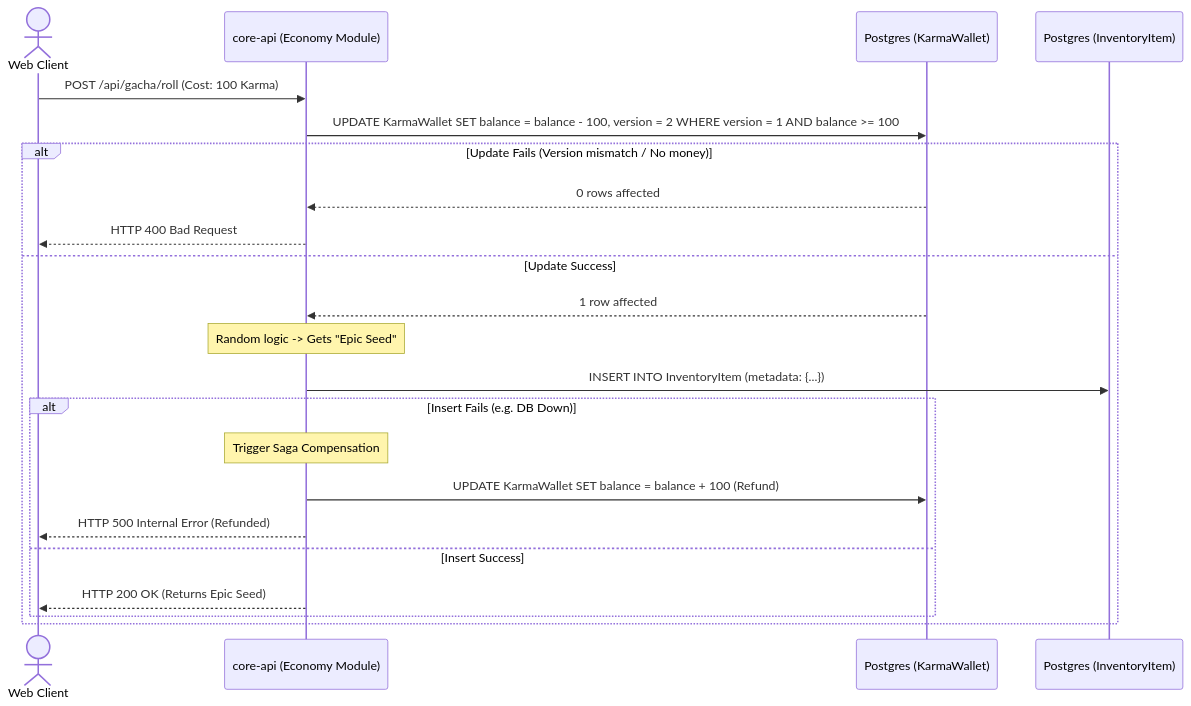
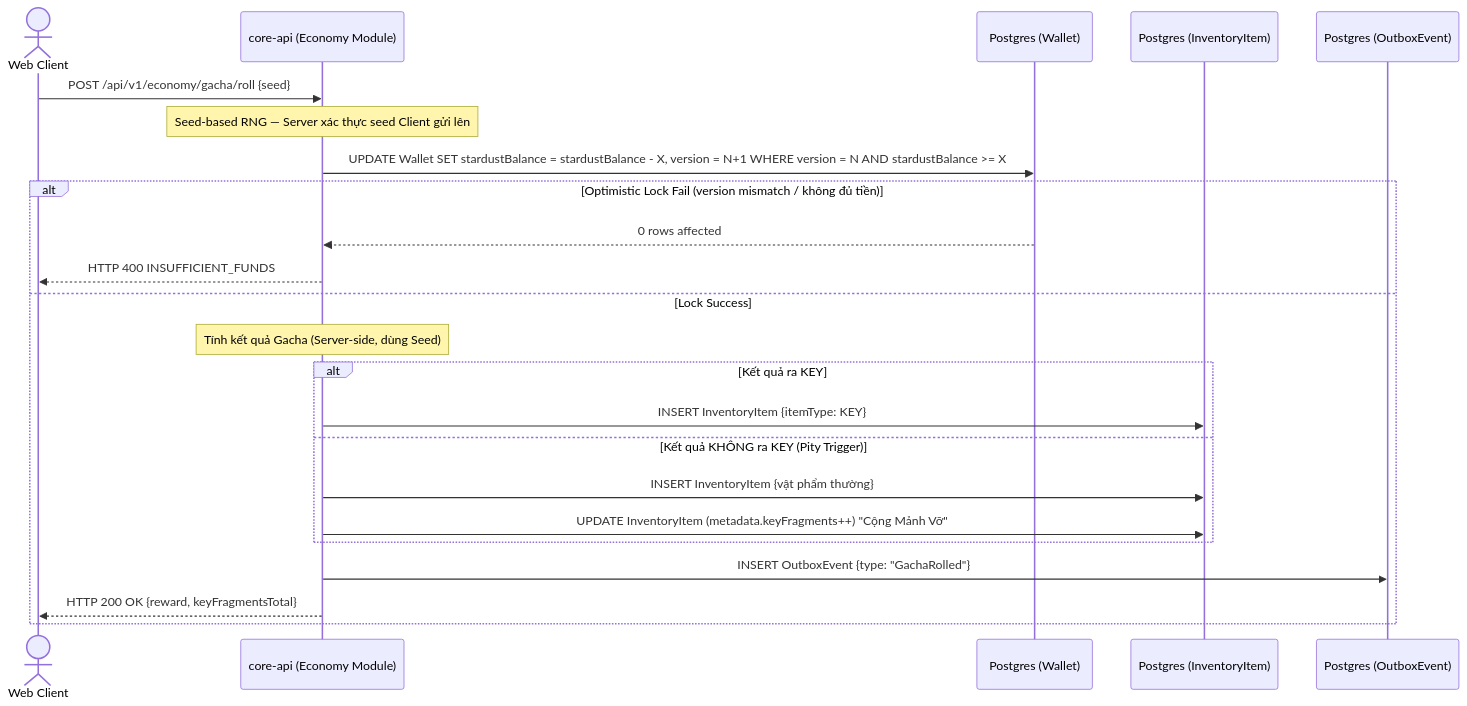
The third of 6 diagrams in docs/03_system_architecture_diagrams.md (minhle106cse/distributed-social-platform), drawn with Mermaid before and after one commit. The commit also changed other lines of this file and 11 other files, not shown here.

Commit message:
Refactor API documentation for Productivity and Economy endpoints; update testing strategies and security measures; enhance project structure and migration plans; add database management scripts.

````diff
--- a/docs/03_system_architecture_diagrams.md
+++ b/docs/03_system_architecture_diagrams.md
@@ -137,31 +148,30 @@
 ```mermaid
 sequenceDiagram
     actor User as Web Client
     participant API as core-api (Economy Module)
-    participant WalletDB as Postgres (KarmaWallet)
+    participant WalletDB as Postgres (Wallet)
     participant InvDB as Postgres (InventoryItem)
-    
-    User->>API: POST /api/gacha/roll (Cost: 100 Karma)
-    
-    %% Bước 1: Trừ tiền (Optimistic Locking)
-    API->>WalletDB: UPDATE KarmaWallet SET balance = balance - 100, version = 2 WHERE version = 1 AND balance >= 100
-    alt Update Fails (Version mismatch / No money)
+    participant Outbox as Postgres (OutboxEvent)
+
+    User->>API: POST /api/v1/economy/gacha/roll {seed}
+
+    Note over API: Seed-based RNG — Server xác thực seed Client gửi lên
+    API->>WalletDB: UPDATE Wallet SET stardustBalance = stardustBalance - X, version = N+1 WHERE version = N AND stardustBalance >= X
+
+    alt Optimistic Lock Fail (version mismatch / không đủ tiền)
         WalletDB-->>API: 0 rows affected
-        API-->>User: HTTP 400 Bad Request
-    else Update Success
-        WalletDB-->>API: 1 row affected
-        
-        %% Bước 2: Sinh vật phẩm ngẫu nhiên
-        Note over API: Random logic -> Gets "Epic Seed"
-        API->>InvDB: INSERT INTO InventoryItem (metadata: {...})
-        
-        alt Insert Fails (e.g. DB Down)
-            %% Compensating Transaction
-            Note over API: Trigger Saga Compensation
-            API->>WalletDB: UPDATE KarmaWallet SET balance = balance + 100 (Refund)
-            API-->>User: HTTP 500 Internal Error (Refunded)
-        else Insert Success
-            API-->>User: HTTP 200 OK (Returns Epic Seed)
+        API-->>User: HTTP 400 INSUFFICIENT_FUNDS
+    else Lock Success
+        Note over API: Tính kết quả Gacha (Server-side, dùng Seed)
+
+        alt Kết quả ra KEY
+            API->>InvDB: INSERT InventoryItem {itemType: KEY}
+        else Kết quả KHÔNG ra KEY (Pity Trigger)
+            API->>InvDB: INSERT InventoryItem {vật phẩm thường}
+            API->>InvDB: UPDATE InventoryItem (metadata.keyFragments++) "Cộng Mảnh Vỡ"
         end
+
+        API->>Outbox: INSERT OutboxEvent {type: "GachaRolled"}
+        API-->>User: HTTP 200 OK {reward, keyFragmentsTotal}
     end
 ```
````
